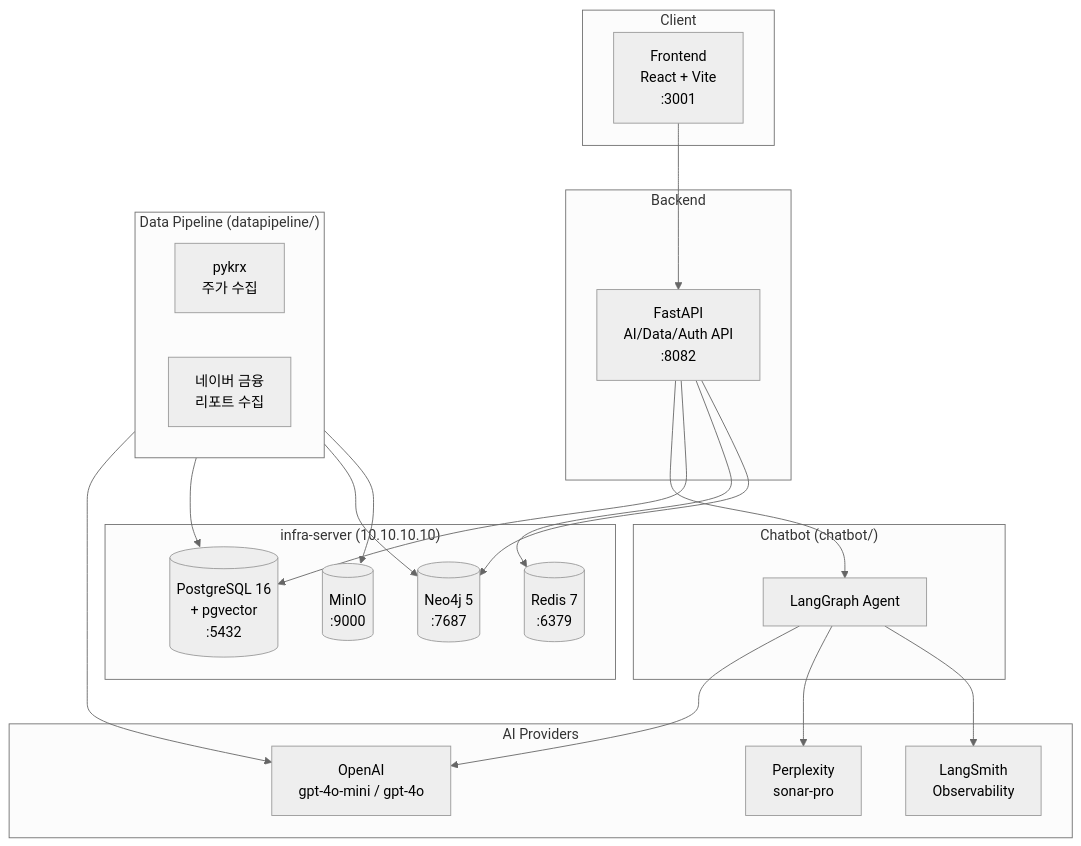
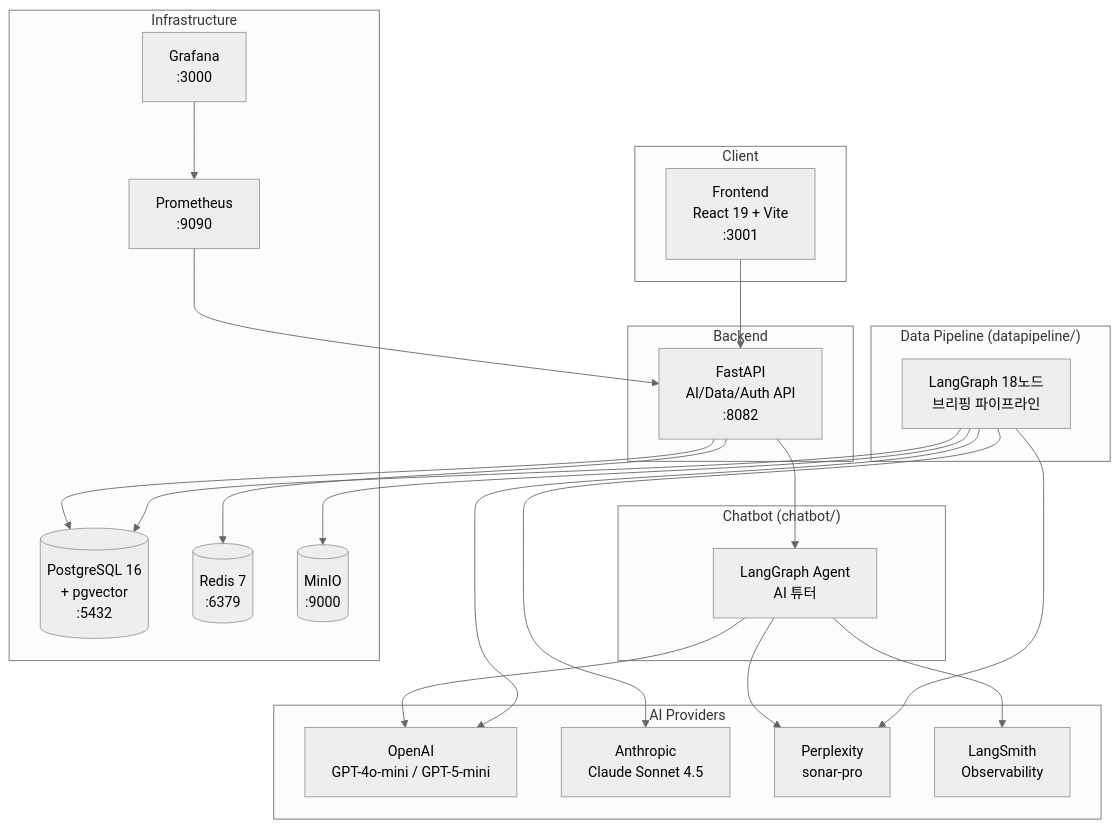
One commit to 404-NFYet/adelie-investment changed the diagram in README.md. Above: the diagram before and after it, drawn with Mermaid (neutral theme). The commit also changed other lines of this file and 1 other file, not shown here.

First line of the commit message:
docs: README 아키텍처 다이어그램 + 챗봇 설계 문서

````diff
--- a/README.md
+++ b/README.md
@@ -14,45 +14,48 @@
 ```mermaid
 graph TB
     subgraph Client
-        FE[Frontend<br/>React + Vite<br/>:3001]
+        FE[Frontend<br/>React 19 + Vite<br/>:3001]
     end
 
     subgraph Backend
         API[FastAPI<br/>AI/Data/Auth API<br/>:8082]
     end
 
     subgraph Chatbot["Chatbot (chatbot/)"]
-        AGENT[LangGraph Agent]
+        AGENT[LangGraph Agent<br/>AI 튜터]
     end
 
     subgraph Pipeline["Data Pipeline (datapipeline/)"]
-        PYKRX[pykrx<br/>주가 수집]
-        NAVER[네이버 금융<br/>리포트 수집]
+        LG[LangGraph 18노드<br/>브리핑 파이프라인]
     end
 
     subgraph AI["AI Providers"]
-        OPENAI[OpenAI<br/>gpt-4o-mini / gpt-4o]
+        OPENAI[OpenAI<br/>GPT-4o-mini / GPT-5-mini]
+        CLAUDE[Anthropic<br/>Claude Sonnet 4.5]
         PPLX[Perplexity<br/>sonar-pro]
         LSMITH[LangSmith<br/>Observability]
     end
 
-    subgraph Infra["infra-server (10.10.10.10)"]
+    subgraph Infra["Infrastructure"]
         PG[(PostgreSQL 16<br/>+ pgvector<br/>:5432)]
         REDIS[(Redis 7<br/>:6379)]
-        NEO4J[(Neo4j 5<br/>:7687)]
         MINIO[(MinIO<br/>:9000)]
+        PROM[Prometheus<br/>:9090]
+        GRAF[Grafana<br/>:3000]
     end
 
     FE --> API
     API --> AGENT
     AGENT --> OPENAI
     AGENT --> PPLX
     AGENT --> LSMITH
     API --> PG
     API --> REDIS
-    API --> NEO4J
-    Pipeline --> OPENAI
-    Pipeline --> PG
-    Pipeline --> NEO4J
-    Pipeline --> MINIO
+    LG --> OPENAI
+    LG --> CLAUDE
+    LG --> PPLX
+    LG --> PG
+    LG --> MINIO
+    PROM --> API
+    GRAF --> PROM
 ```
````
